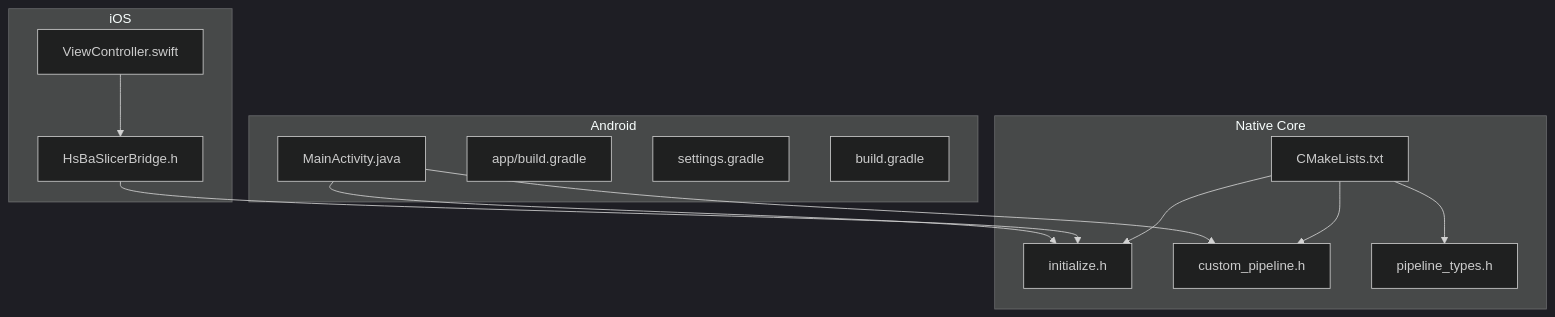
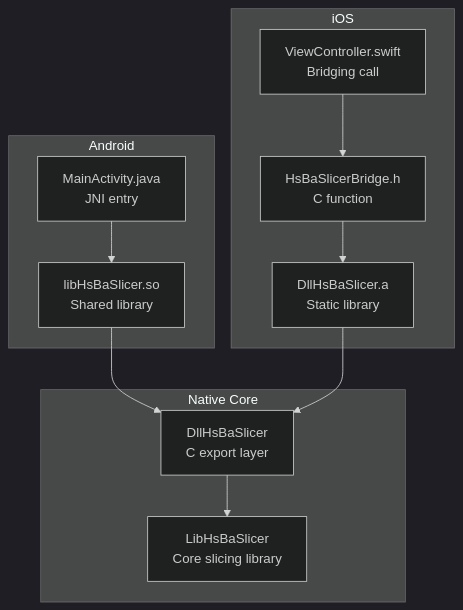
One commit to hsmbanlance/HsBaSlicer changed the second of 7 diagrams in .qoder/repowiki/en/content/Integration Guide/Mobile Platform Integration/Mobile Platform Integration.md. Above: the diagram before and after it, drawn with Mermaid (dark theme). The commit also changed other lines of this file and 1095 other files, not shown here.

````diff
--- a/.qoder/repowiki/en/content/Integration Guide/Mobile Platform Integration/Mobile Platform Integration.md
+++ b/.qoder/repowiki/en/content/Integration Guide/Mobile Platform Integration/Mobile Platform Integration.md
@@ -47,26 +114,22 @@
 ```mermaid
 graph TB
 subgraph "Android"
-A_Main["MainActivity.java"]
-A_GradleApp["app/build.gradle"]
-A_Settings["settings.gradle"]
-A_GradleRoot["build.gradle"]
+Java["MainActivity.java<br/>JNI entry"]
+So["libHsBaSlicer.so<br/>Shared library"]
 end
 subgraph "iOS"
-I_Swift["ViewController.swift"]
-I_Bridge["HsBaSlicerBridge.h"]
+Swift["ViewController.swift<br/>Bridging call"]
+Bridge["HsBaSlicerBridge.h<br/>C function"]
+Static["DllHsBaSlicer.a<br/>Static library"]
 end
 subgraph "Native Core"
-C_CMake["CMakeLists.txt"]
-C_API_Init["initialize.h"]
-C_API_Custom["custom_pipeline.h"]
-C_PTypes["pipeline_types.h"]
+Dll["DllHsBaSlicer<br/>C export layer"]
+Lib["LibHsBaSlicer<br/>Core slicing library"]
 end
-A_Main --> C_API_Init
-A_Main --> C_API_Custom
-I_Swift --> I_Bridge
-I_Bridge --> C_API_Init
-C_CMake --> C_API_Init
-C_CMake --> C_API_Custom
-C_CMake --> C_PTypes
+Java --> So
+So --> Dll
+Swift --> Bridge
+Bridge --> Static
+Static --> Dll
+Dll --> Lib
 ```
````
